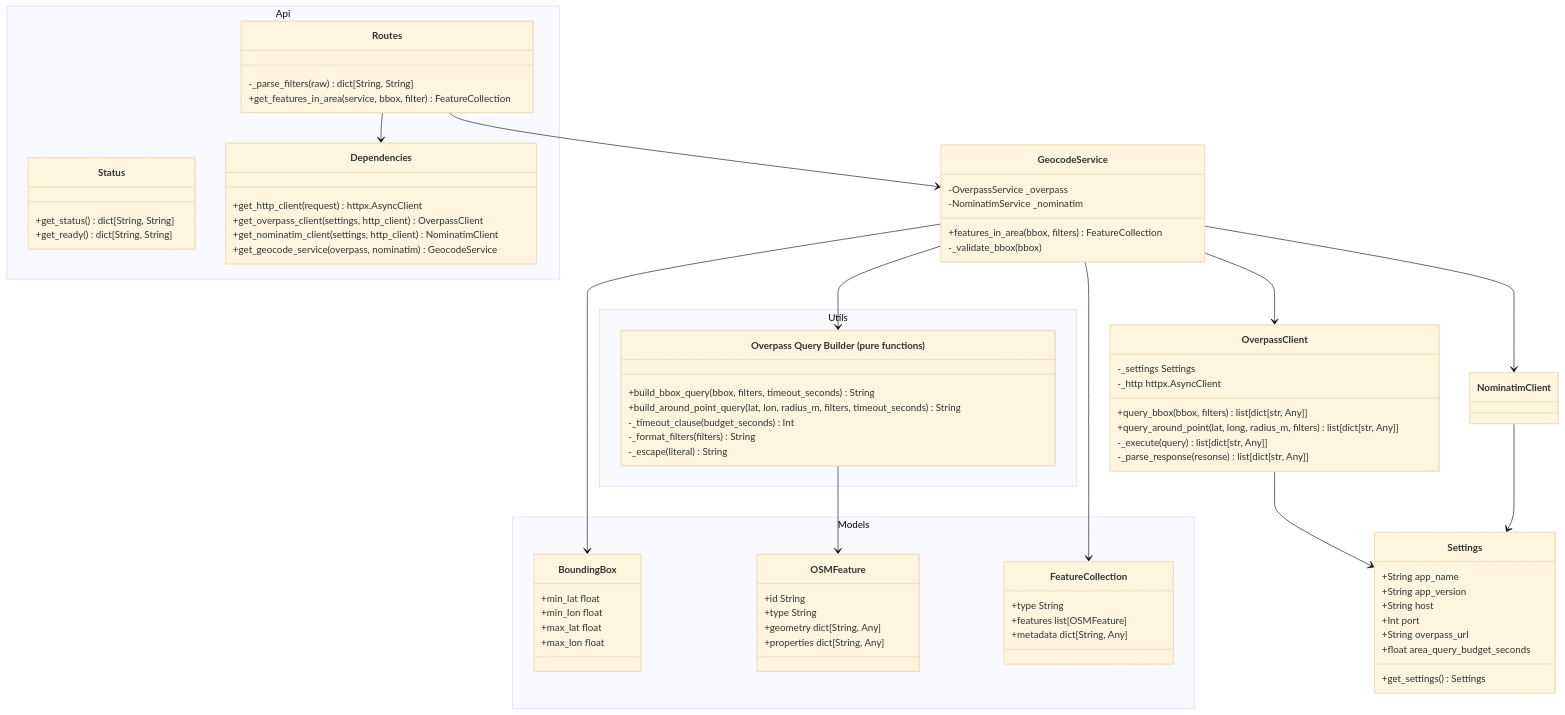
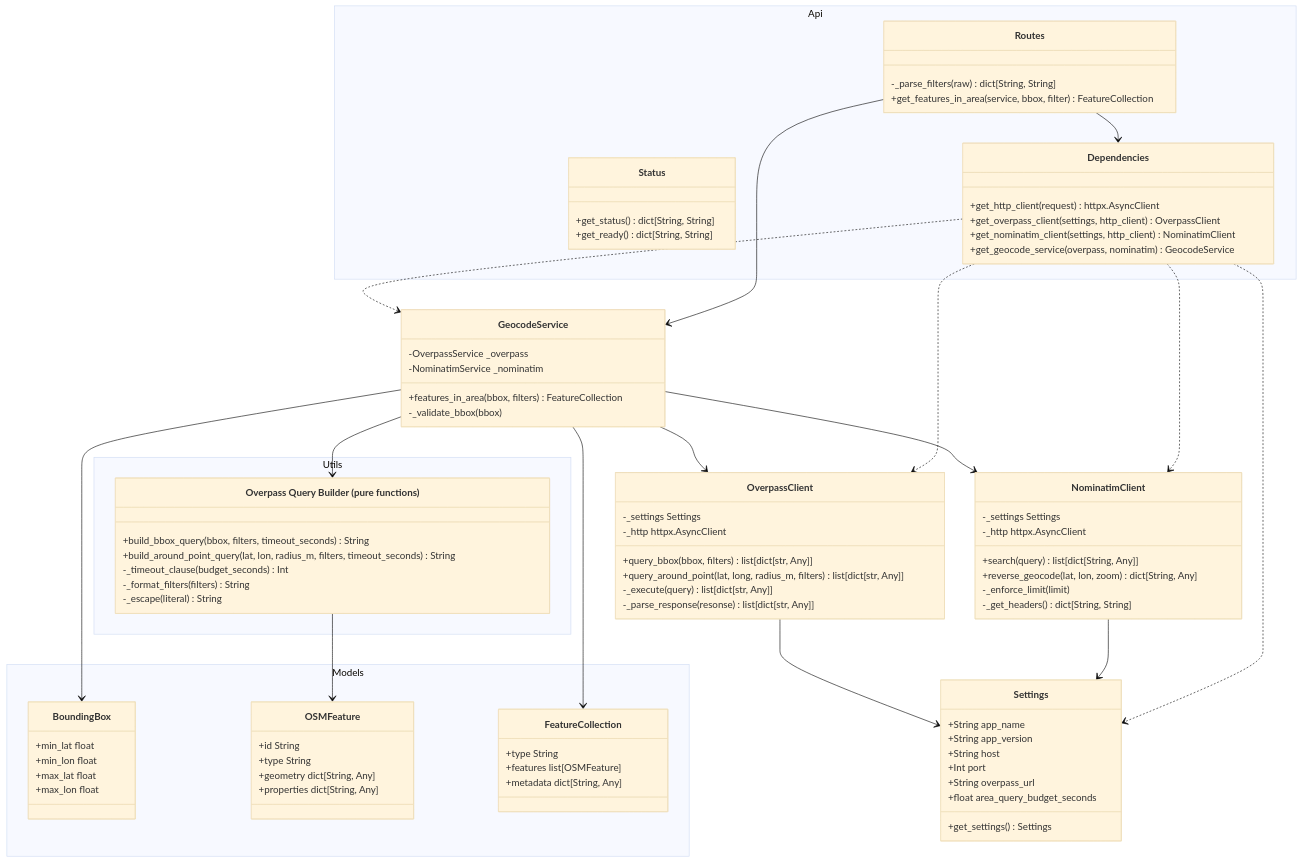
Before and after one commit to kirandesimone/microgeo: the diagram in README.md, drawn with Mermaid (base theme).

Commit message:
Updates UML diagram in README to reflect `NominatimClient` changes and dependencies
# Relates to #6 and #3

```diff
--- a/README.md
+++ b/README.md
@@ -53,7 +53,12 @@
         -_parse_response(resonse) list[dict[str, Any]]
     }
     class NominatimClient {
-        
+        -_settings Settings
+        -_http httpx.AsyncClient
+        +search(query) list[dict[String, Any]]
+        +reverse_geocode(lat, lon, zoom) dict[String, Any]
+        -_enforce_limit(limit)
+        -_get_headers() dict[String, String]
     }
     class GeocodeService{
         -OverpassService _overpass
@@ -116,6 +121,11 @@
     
     NominatimClient --> Settings
     
+    Dependencies ..> OverpassClient
+    Dependencies ..> NominatimClient
+    Dependencies ..> GeocodeService
+    Dependencies ..> Settings
+    
     Overpass_Query_Builder --> OSMFeature
     
     Routes --> Dependencies
```
